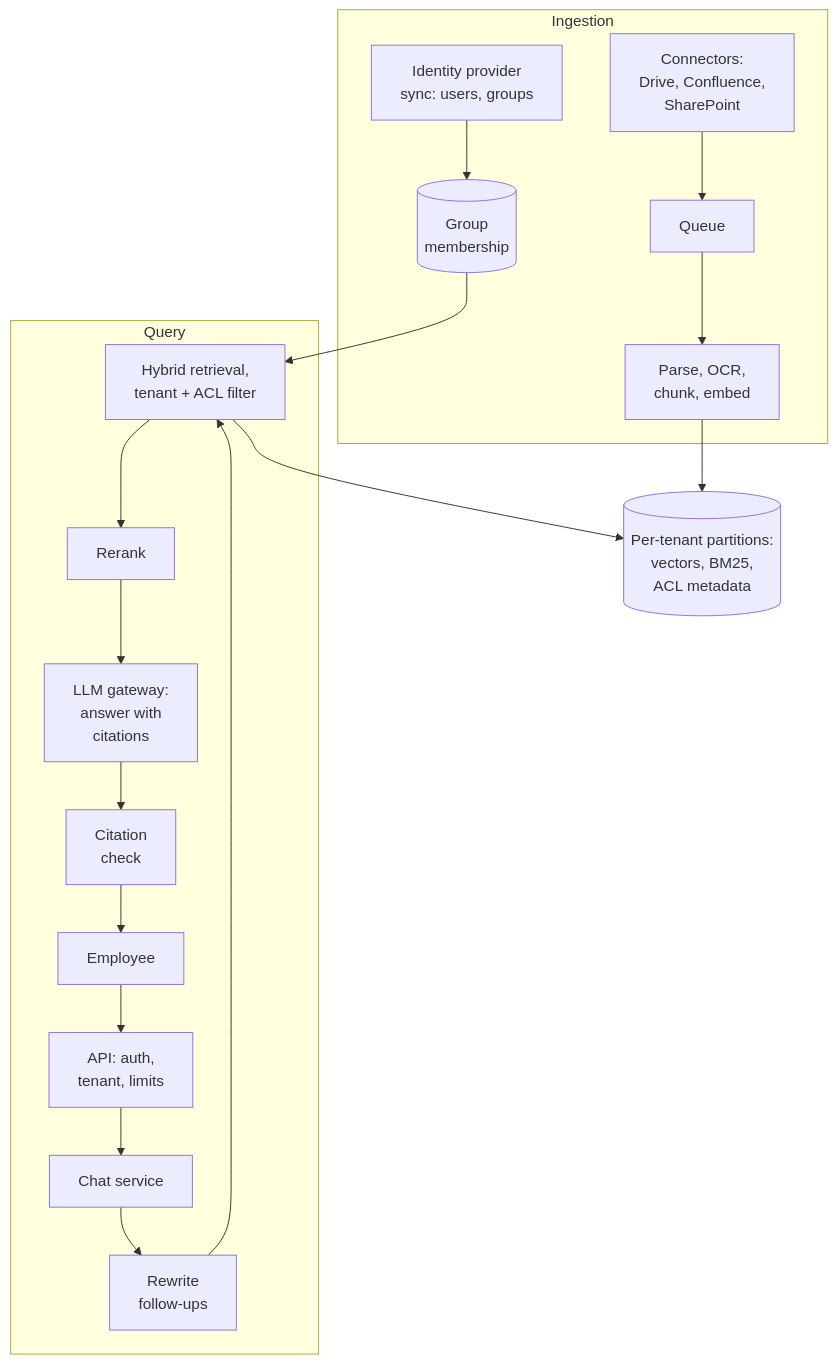
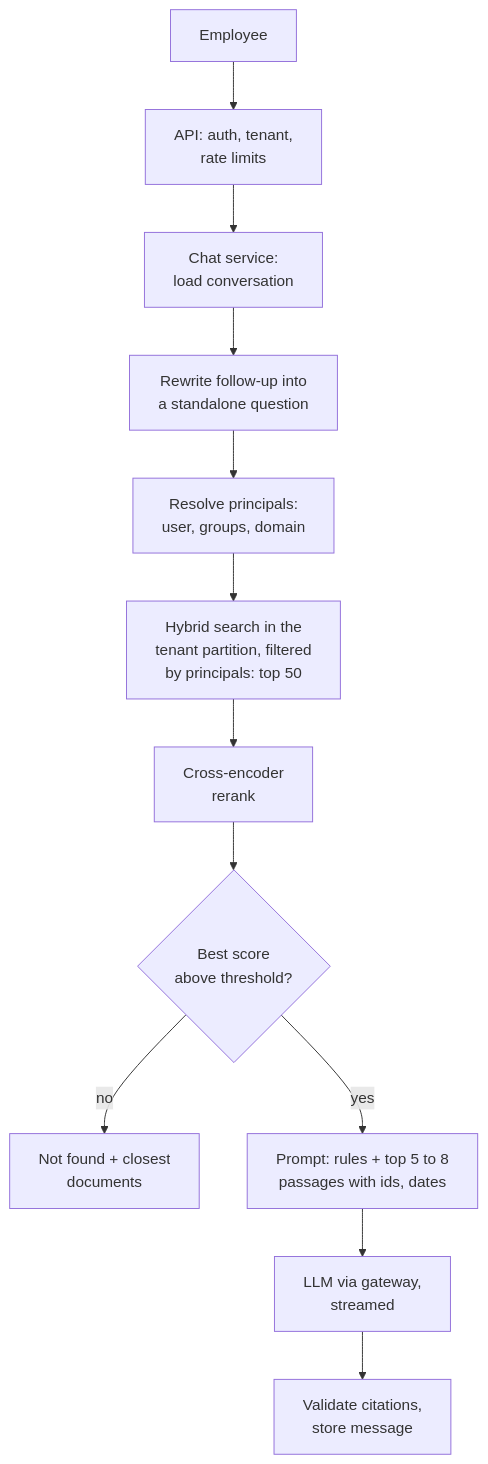
The second of 3 diagrams in src/Data/aiStackDocs/DP-01.md (shubamchaudhary/CodeNITW), drawn with Mermaid before and after one commit. The commit also changed other lines of this file and 19 other files, not shown here.

````diff
--- a/src/Data/aiStackDocs/DP-01.md
+++ b/src/Data/aiStackDocs/DP-01.md
@@ -50,21 +77,14 @@
 ```mermaid
 flowchart TB
-    subgraph ING["Ingestion"]
-        CN["Connectors:<br/>Drive, Confluence,<br/>SharePoint"] --> Q1["Queue"]
-        Q1 --> PW["Parse, OCR,<br/>chunk, embed"]
-        IDP["Identity provider<br/>sync: users, groups"] --> ACL[("Group<br/>membership")]
-    end
-    subgraph QRY["Query"]
-        U["Employee"] --> API["API: auth,<br/>tenant, limits"]
-        API --> CS["Chat service"]
-        CS --> RW["Rewrite<br/>follow-ups"]
-        RW --> RET["Hybrid retrieval,<br/>tenant + ACL filter"]
-        RET --> RR["Rerank"]
-        RR --> GEN["LLM gateway:<br/>answer with<br/>citations"]
-        GEN --> CV["Citation<br/>check"]
-        CV --> U
-    end
-    PW --> IX[("Per-tenant partitions:<br/>vectors, BM25,<br/>ACL metadata")]
-    RET --> IX
-    ACL --> RET
+    U["Employee"] --> API["API: auth, tenant,<br/>rate limits"]
+    API --> CS["Chat service:<br/>load conversation"]
+    CS --> RW["Rewrite follow-up into<br/>a standalone question"]
+    RW --> PR["Resolve principals:<br/>user, groups, domain"]
+    PR --> HY["Hybrid search in the<br/>tenant partition, filtered<br/>by principals: top 50"]
+    HY --> RR["Cross-encoder<br/>rerank"]
+    RR --> TH{"Best score<br/>above threshold?"}
+    TH -->|"no"| NF["Not found + closest<br/>documents"]
+    TH -->|"yes"| PB["Prompt: rules + top 5 to 8<br/>passages with ids, dates"]
+    PB --> GEN["LLM via gateway,<br/>streamed"]
+    GEN --> CV["Validate citations,<br/>store message"]
 ```
````
